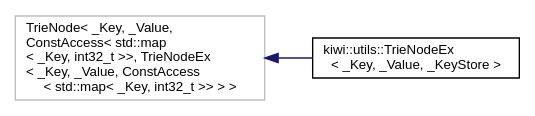
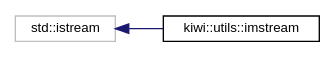
The diagram in inherit_graph_93.dot (bab2min/Kiwi), drawn with Graphviz before and after one commit. The commit also changed 233 other files, not shown here.

```diff
--- a/inherit_graph_93.dot
+++ b/inherit_graph_93.dot
@@ -1,10 +1,10 @@
 digraph "Graphical Class Hierarchy"
 {
  // LATEX_PDF_SIZE
   edge [fontname="Helvetica",fontsize="10",labelfontname="Helvetica",labelfontsize="10"];
   node [fontname="Helvetica",fontsize="10",shape=record];
   rankdir="LR";
-  Node113 [label="TrieNode\< _Key, _Value,\l ConstAccess\< std::map\l\< _Key, int32_t \>\>, TrieNodeEx\l\< _Key, _Value, ConstAccess\l\< std::map\< _Key, int32_t \>\> \> \>",height=0.2,width=0.4,color="grey75", fillcolor="white", style="filled",tooltip=" "];
-  Node113 -> Node0 [dir="back",color="midnightblue",fontsize="10",style="solid",fontname="Helvetica"];
-  Node0 [label="kiwi::utils::TrieNodeEx\l\< _Key, _Value, _KeyStore \>",height=0.2,width=0.4,color="black", fillcolor="white", style="filled",URL="$structkiwi_1_1utils_1_1TrieNodeEx.html",tooltip=" "];
+  Node58 [label="std::istream",height=0.2,width=0.4,color="grey75", fillcolor="white", style="filled",tooltip=" "];
+  Node58 -> Node0 [dir="back",color="midnightblue",fontsize="10",style="solid",fontname="Helvetica"];
+  Node0 [label="kiwi::utils::imstream",height=0.2,width=0.4,color="black", fillcolor="white", style="filled",URL="$classkiwi_1_1utils_1_1imstream.html",tooltip=" "];
 }
```
